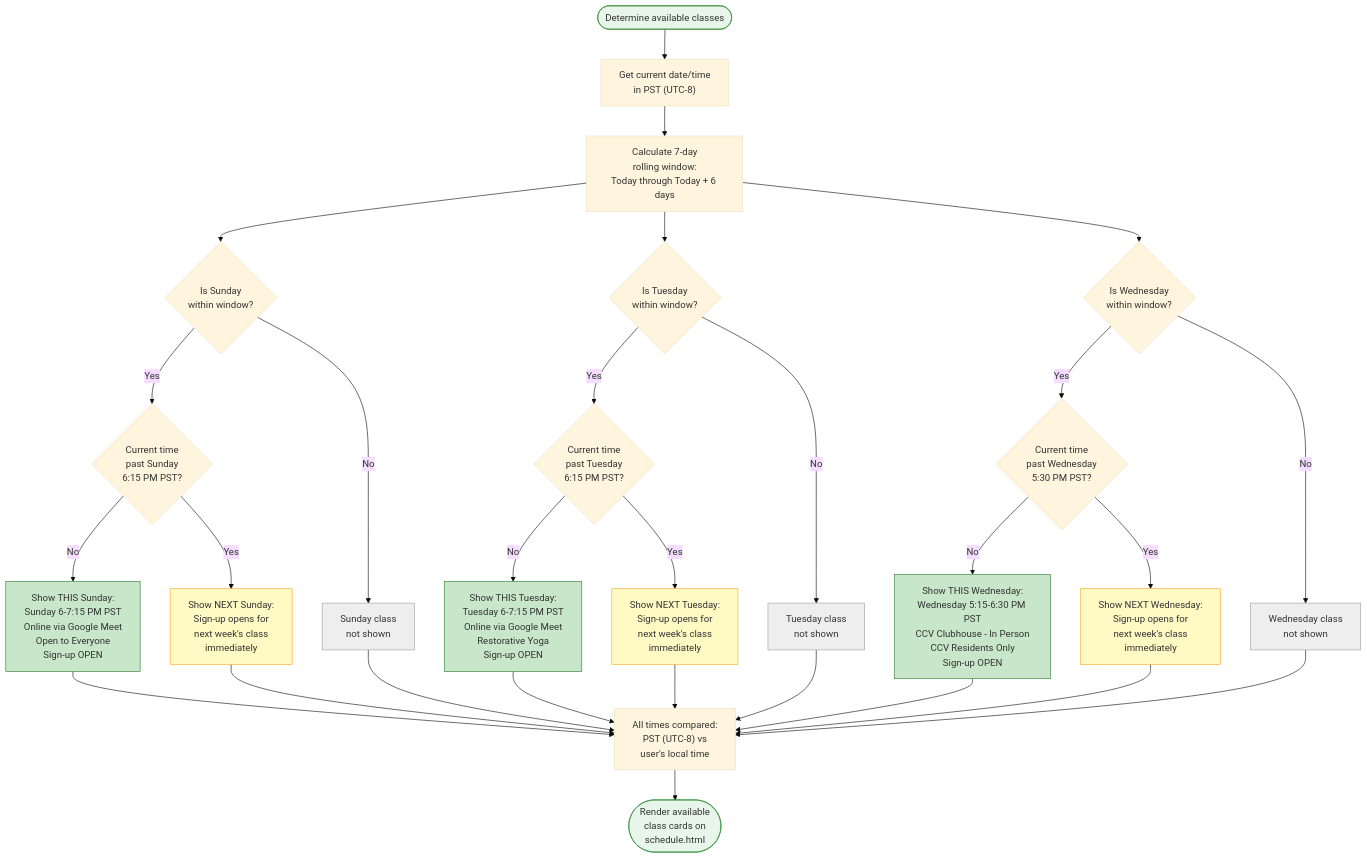
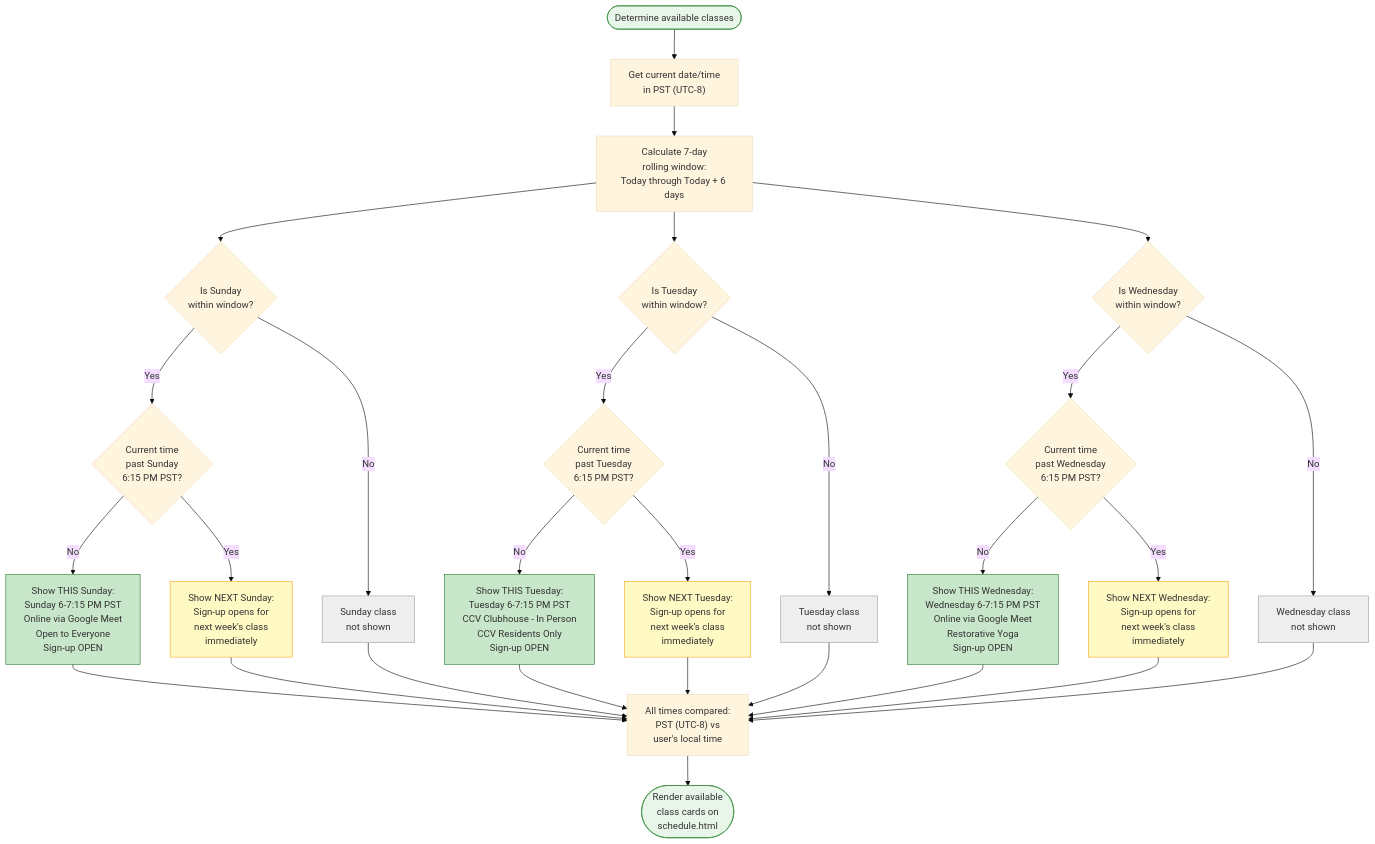
Before and after one commit to liujessicax-ui/yogaclasses.com: the second of 6 diagrams in business-rules-flowchart.md, drawn with Mermaid (base theme). The commit also changed other lines of this file and 4 other files, not shown here.

First line of the commit message:
Swap Tuesday and Wednesday classes: Tuesday is now In-Person CCV, Wednesday is now Online Restorative

````diff
--- a/business-rules-flowchart.md
+++ b/business-rules-flowchart.md
@@ -89,54 +89,54 @@
 ```mermaid
 flowchart TD
     START([Determine available classes]) --> NOW["Get current date/time\nin PST (UTC-8)"]
 
     NOW --> WINDOW["Calculate 7-day\nrolling window:\nToday through Today + 6 days"]
 
     WINDOW --> MON{Is Sunday\nwithin window?}
     WINDOW --> TUE{Is Tuesday\nwithin window?}
     WINDOW --> WED{Is Wednesday\nwithin window?}
 
     MON -- Yes --> MON_CUT{Current time\npast Sunday\n6:15 PM PST?}
     MON -- No --> MON_HIDE[Sunday class\nnot shown]
 
     MON_CUT -- No --> MON_SHOW["Show THIS Sunday:\nSunday 6-7:15 PM PST\nOnline via Google Meet\nOpen to Everyone\nSign-up OPEN"]
     MON_CUT -- Yes --> MON_NEXT["Show NEXT Sunday:\nSign-up opens for\nnext week's class\nimmediately"]
 
     TUE -- Yes --> TUE_CUT{Current time\npast Tuesday\n6:15 PM PST?}
     TUE -- No --> TUE_HIDE[Tuesday class\nnot shown]
 
-    TUE_CUT -- No --> TUE_SHOW["Show THIS Tuesday:\nTuesday 6-7:15 PM PST\nOnline via Google Meet\nRestorative Yoga\nSign-up OPEN"]
+    TUE_CUT -- No --> TUE_SHOW["Show THIS Tuesday:\nTuesday 6-7:15 PM PST\nCCV Clubhouse - In Person\nCCV Residents Only\nSign-up OPEN"]
     TUE_CUT -- Yes --> TUE_NEXT["Show NEXT Tuesday:\nSign-up opens for\nnext week's class\nimmediately"]
 
-    WED -- Yes --> WED_CUT{Current time\npast Wednesday\n5:30 PM PST?}
+    WED -- Yes --> WED_CUT{Current time\npast Wednesday\n6:15 PM PST?}
     WED -- No --> WED_HIDE[Wednesday class\nnot shown]
 
-    WED_CUT -- No --> WED_SHOW["Show THIS Wednesday:\nWednesday 5:15-6:30 PM PST\nCCV Clubhouse - In Person\nCCV Residents Only\nSign-up OPEN"]
+    WED_CUT -- No --> WED_SHOW["Show THIS Wednesday:\nWednesday 6-7:15 PM PST\nOnline via Google Meet\nRestorative Yoga\nSign-up OPEN"]
     WED_CUT -- Yes --> WED_NEXT["Show NEXT Wednesday:\nSign-up opens for\nnext week's class\nimmediately"]
 
     MON_SHOW --> COMPARE
     MON_NEXT --> COMPARE
     TUE_SHOW --> COMPARE
     TUE_NEXT --> COMPARE
     WED_SHOW --> COMPARE
     WED_NEXT --> COMPARE
     MON_HIDE --> COMPARE
     TUE_HIDE --> COMPARE
     WED_HIDE --> COMPARE
 
     COMPARE["All times compared:\nPST (UTC-8) vs\nuser's local time"]
 
     COMPARE --> RENDER([Render available\nclass cards on\nschedule.html])
 
     style START fill:#e8f5e9,stroke:#388e3c
     style RENDER fill:#e8f5e9,stroke:#388e3c
     style MON_SHOW fill:#c8e6c9,stroke:#2e7d32
     style TUE_SHOW fill:#c8e6c9,stroke:#2e7d32
     style WED_SHOW fill:#c8e6c9,stroke:#2e7d32
     style MON_NEXT fill:#fff9c4,stroke:#f9a825
     style TUE_NEXT fill:#fff9c4,stroke:#f9a825
     style WED_NEXT fill:#fff9c4,stroke:#f9a825
     style MON_HIDE fill:#eeeeee,stroke:#9e9e9e
     style TUE_HIDE fill:#eeeeee,stroke:#9e9e9e
     style WED_HIDE fill:#eeeeee,stroke:#9e9e9e
 ```
````
